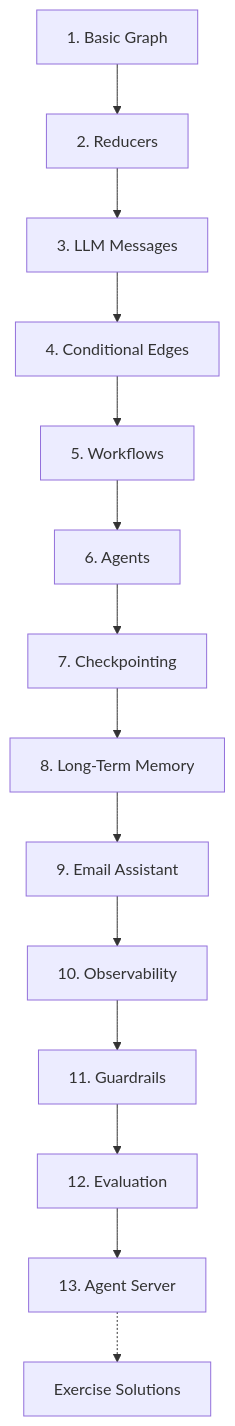
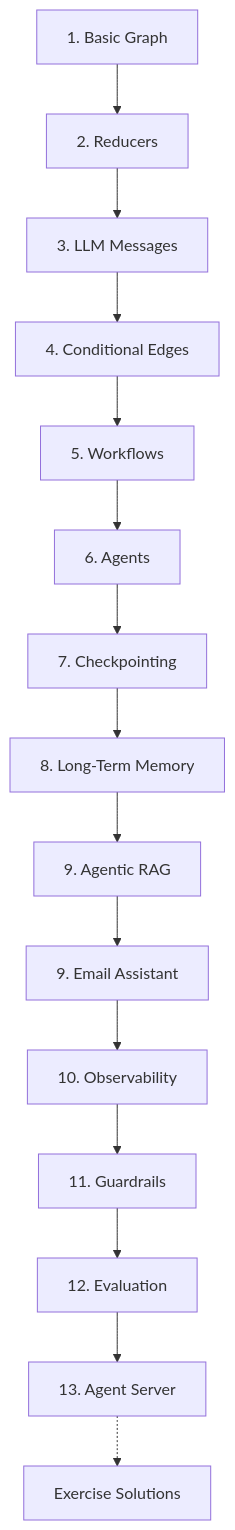
The second of 2 diagrams in README.md (Walid-Ahmed/langgraph-tutorials), drawn with Mermaid before and after one commit. The commit also changed other lines of this file and 28 other files, not shown here.

````diff
--- a/README.md
+++ b/README.md
@@ -63,16 +87,17 @@
 ```mermaid
 flowchart TD
     A["1. Basic Graph"] --> B["2. Reducers"]
     B --> C["3. LLM Messages"]
     C --> D["4. Conditional Edges"]
     D --> E["5. Workflows"]
     E --> F["6. Agents"]
     F --> G["7. Checkpointing"]
     G --> H["8. Long-Term Memory"]
-    H --> I["9. Email Assistant"]
+    H --> R["9. Agentic RAG"]
+    R --> I["9. Email Assistant"]
     I --> K["10. Observability"]
     K --> L["11. Guardrails"]
     L --> M["12. Evaluation"]
     M --> N["13. Agent Server"]
     N -.-> J["Exercise Solutions"]
 ```
````
